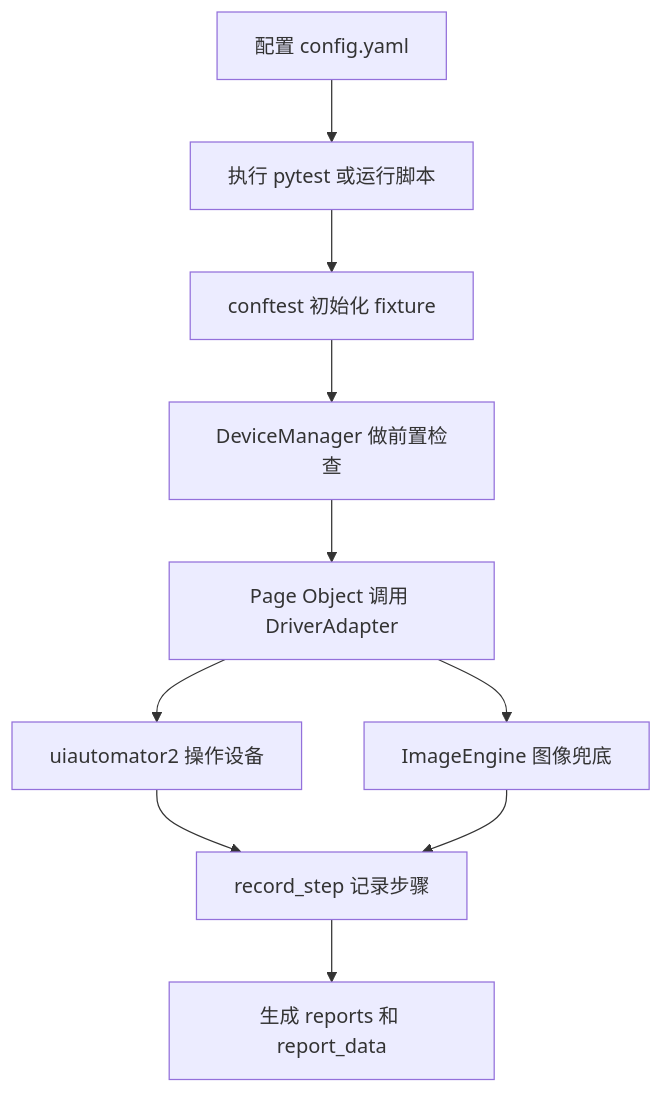
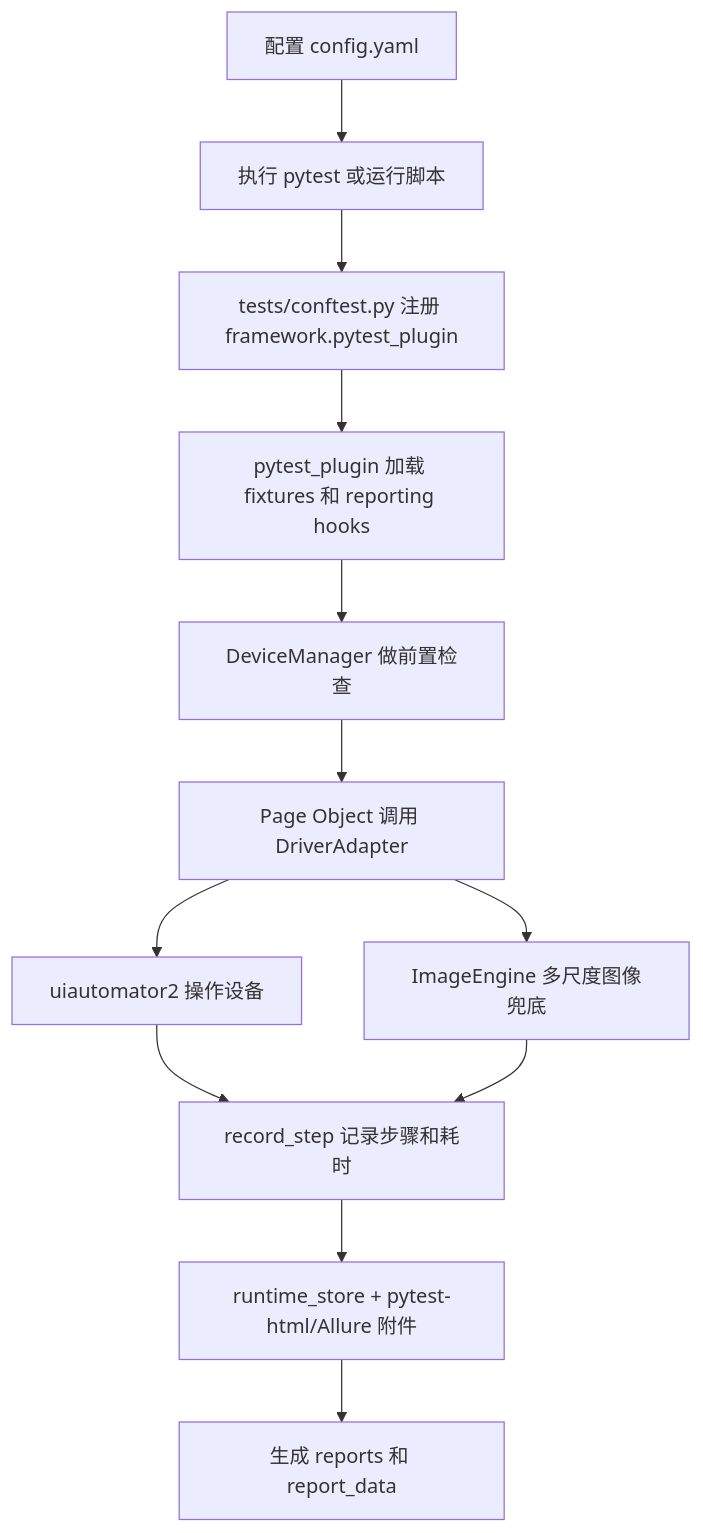
The diagram in README.md (leaveeeeeee/ai-android-ui-autotest-framework), drawn with Mermaid before and after one commit. The commit also changed other lines of this file and 38 other files, not shown here.

Commit message:
feat(framework): complete architecture cleanup roadmap

````diff
--- a/README.md
+++ b/README.md
@@ -46,12 +46,14 @@
 ```mermaid
 flowchart TD
     A[配置 config.yaml] --> B[执行 pytest 或运行脚本]
-    B --> C[conftest 初始化 fixture]
-    C --> D[DeviceManager 做前置检查]
-    D --> E[Page Object 调用 DriverAdapter]
-    E --> F[uiautomator2 操作设备]
-    E --> G[ImageEngine 图像兜底]
-    F --> H[record_step 记录步骤]
-    G --> H
-    H --> I[生成 reports 和 report_data]
+    B --> C[tests/conftest.py 注册 framework.pytest_plugin]
+    C --> D[pytest_plugin 加载 fixtures 和 reporting hooks]
+    D --> E[DeviceManager 做前置检查]
+    E --> F[Page Object 调用 DriverAdapter]
+    F --> G[uiautomator2 操作设备]
+    F --> H[ImageEngine 多尺度图像兜底]
+    G --> I[record_step 记录步骤和耗时]
+    H --> I
+    I --> J[runtime_store + pytest-html/Allure 附件]
+    J --> K[生成 reports 和 report_data]
 ```
````
